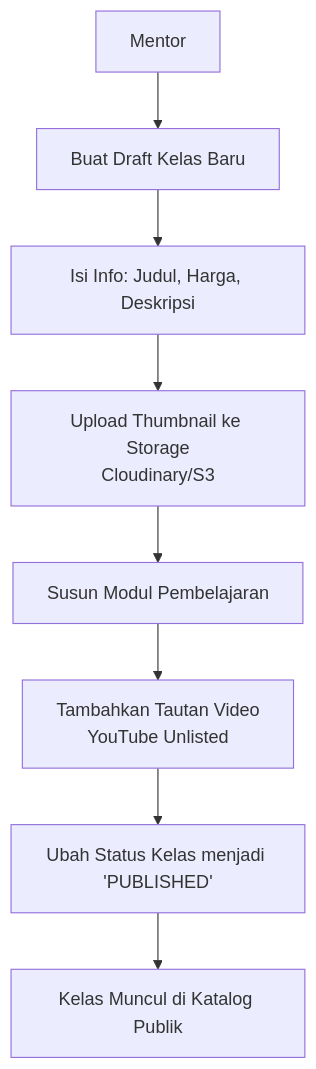
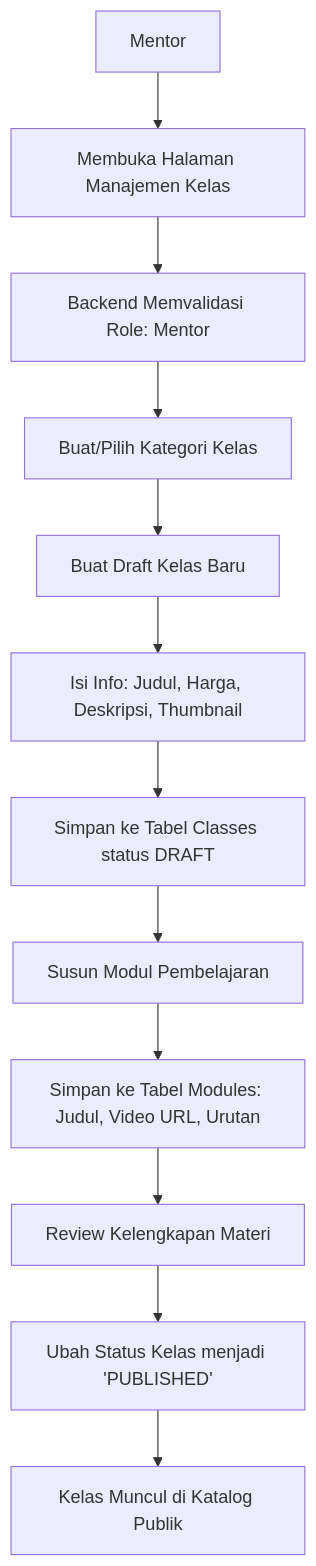
One commit to huqong282-lab/coding-study-fe changed the fourth of 7 diagrams in CodingStudy/documentations/Flowcharts.md. Above: the diagram before and after it, drawn with Mermaid. The commit also changed other lines of this file and 2 other files, not shown here.

Commit message:
docs: initialize project development task management and update authentication flowchart documentation

````diff
--- a/CodingStudy/documentations/Flowcharts.md
+++ b/CodingStudy/documentations/Flowcharts.md
@@ -60,10 +59,14 @@
 ```mermaid
 graph TD
-    A[Mentor] --> B[Buat Draft Kelas Baru]
-    B --> C[Isi Info: Judul, Harga, Deskripsi]
-    C --> D[Upload Thumbnail ke Storage<br>Cloudinary/S3]
-    D --> E[Susun Modul Pembelajaran]
-    E --> F[Tambahkan Tautan Video<br>YouTube Unlisted]
-    F --> G[Ubah Status Kelas menjadi 'PUBLISHED']
-    G --> H[Kelas Muncul di Katalog Publik]
+    A[Mentor] --> B[Membuka Halaman Manajemen Kelas]
+    B --> C[Backend Memvalidasi Role: Mentor]
+    C --> D[Buat/Pilih Kategori Kelas]
+    D --> E[Buat Draft Kelas Baru]
+    E --> F[Isi Info: Judul, Harga, Deskripsi, Thumbnail]
+    F --> G[Simpan ke Tabel Classes status DRAFT]
+    G --> H[Susun Modul Pembelajaran]
+    H --> I[Simpan ke Tabel Modules: Judul, Video URL, Urutan]
+    I --> J[Review Kelengkapan Materi]
+    J --> K[Ubah Status Kelas menjadi 'PUBLISHED']
+    K --> L[Kelas Muncul di Katalog Publik]
 ```
````
